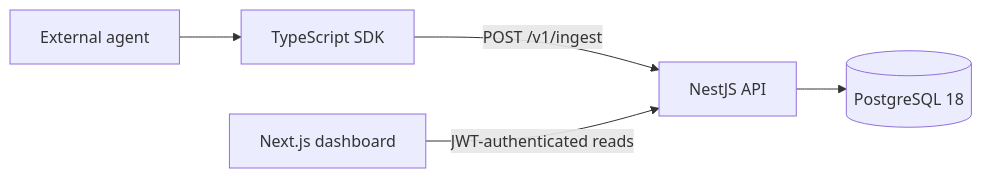
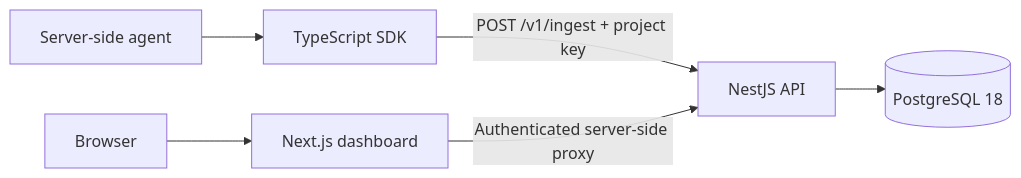
The diagram in README.md (tensorforgee/AgentPulse), drawn with Mermaid before and after one commit. The commit also changed other lines of this file and 3 other files, not shown here.

````diff
--- a/README.md
+++ b/README.md
@@ -10,7 +22,8 @@
 ```mermaid
 flowchart LR
-  Agent[External agent] --> SDK[TypeScript SDK]
-  SDK -->|POST /v1/ingest| API[NestJS API]
-  Web[Next.js dashboard] -->|JWT-authenticated reads| API
+  Agent[Server-side agent] --> SDK[TypeScript SDK]
+  SDK -->|POST /v1/ingest + project key| API[NestJS API]
+  Browser[Browser] --> Web[Next.js dashboard]
+  Web -->|Authenticated server-side proxy| API
   API --> DB[(PostgreSQL 18)]
 ```
````
